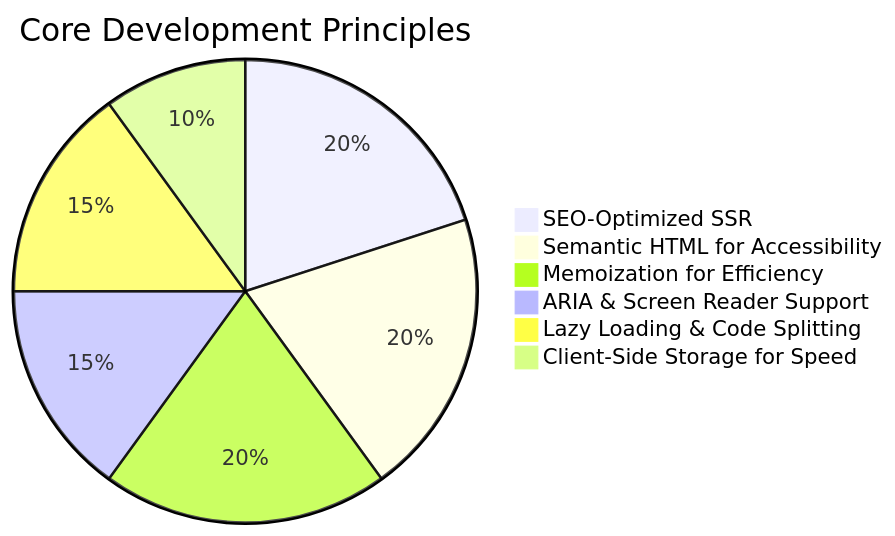
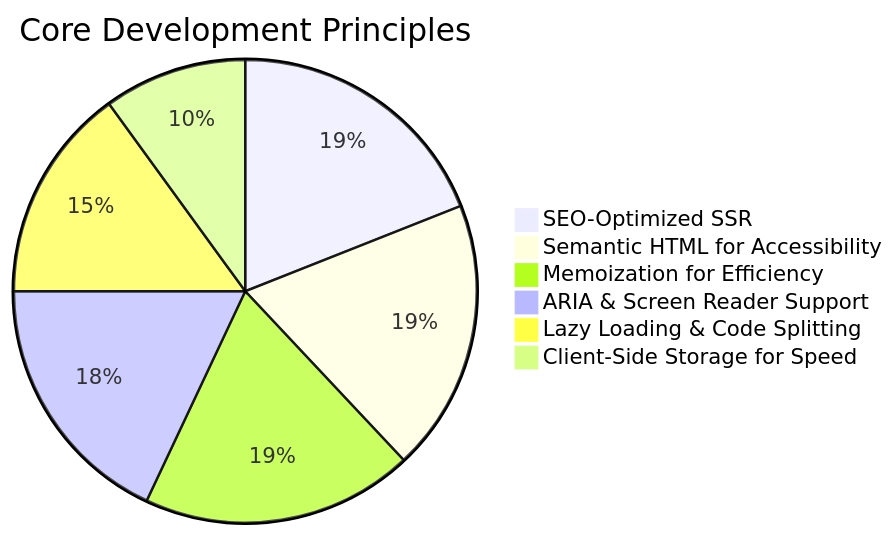
Before and after one commit to saqibroy/saqibroy: the second of 2 diagrams in README.md, drawn with Mermaid. The commit also changed other lines of this file, not shown here.

Commit message:
add charts

````diff
--- a/README.md
+++ b/README.md
@@ -91,10 +90,10 @@
 ```mermaid
 pie
     title Core Development Principles
-    "SEO-Optimized SSR" : 20
-    "Semantic HTML for Accessibility" : 20
-    "Memoization for Efficiency" : 20
-    "ARIA & Screen Reader Support" : 15
+    "SEO-Optimized SSR" : 19
+    "Semantic HTML for Accessibility" : 19
+    "Memoization for Efficiency" : 19
+    "ARIA & Screen Reader Support" : 18
     "Lazy Loading & Code Splitting": 15
     "Client-Side Storage for Speed" : 10
 ```
````
